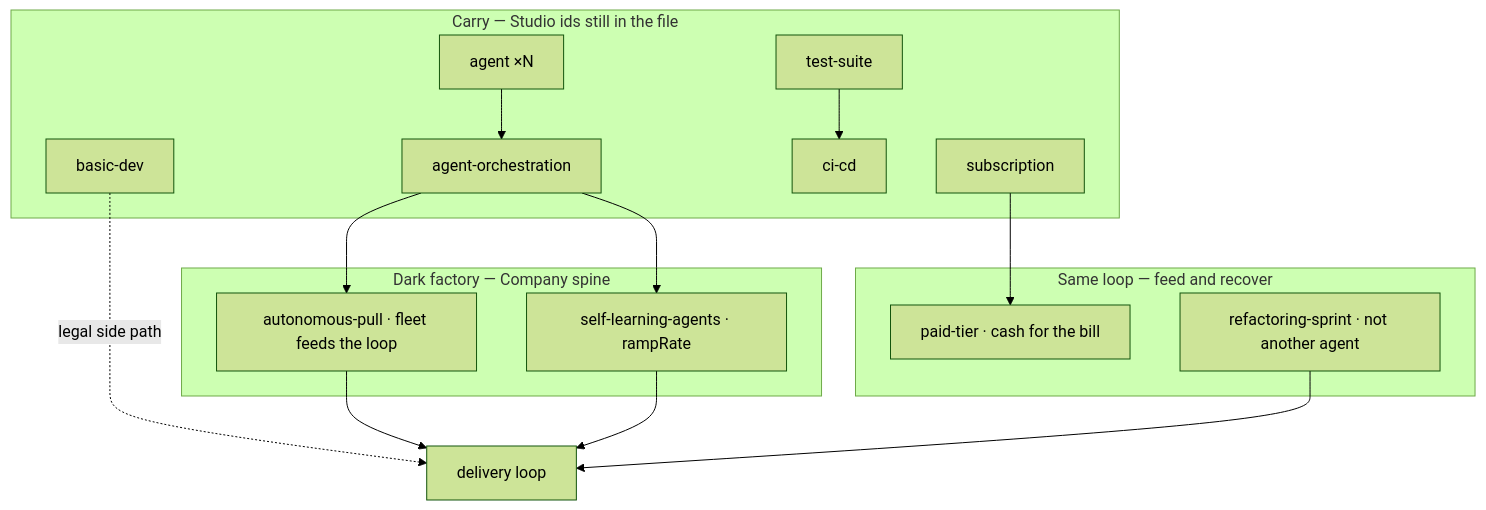
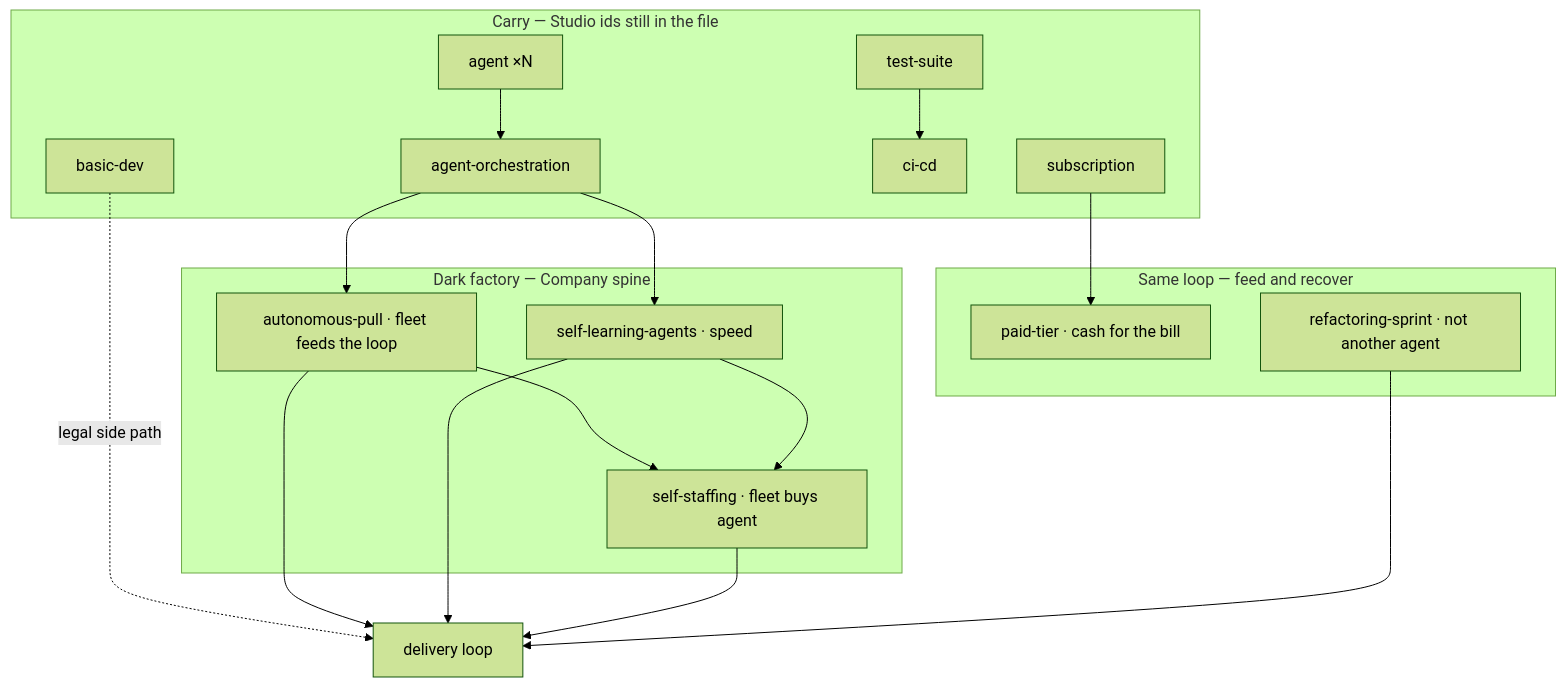
One commit to anne-markis/software-factory-the-game changed the second of 2 diagrams in docs/superpowers/specs/2026-08-14-company-era-brainstorm.md. Above: the diagram before and after it, drawn with Mermaid (forest theme). The commit also changed other lines of this file and 3 other files, not shown here.

First line of the commit message:
Treat self-staffing as the Paperclips autonomy beat.

````diff
--- a/docs/superpowers/specs/2026-08-14-company-era-brainstorm.md
+++ b/docs/superpowers/specs/2026-08-14-company-era-brainstorm.md
@@ -349,31 +423,35 @@
 ```mermaid
 flowchart TB
   subgraph carry["Carry — Studio ids still in the file"]
     agent[agent ×N]
     orch[agent-orchestration]
     hire[basic-dev]
     test[test-suite]
     cicd[ci-cd]
     sub[subscription]
     agent --> orch
     test --> cicd
   end
 
   subgraph dark["Dark factory — Company spine"]
     pull[autonomous-pull · fleet feeds the loop]
-    sla[self-learning-agents · rampRate]
+    sla[self-learning-agents · speed]
+    staff[self-staffing · fleet buys agent]
     orch --> pull
     orch --> sla
+    pull --> staff
+    sla --> staff
   end
 
   subgraph other["Same loop — feed and recover"]
     tier[paid-tier · cash for the bill]
     refactor[refactoring-sprint · not another agent]
     sub --> tier
   end
 
   hire -.->|legal side path| loop[delivery loop]
   pull --> loop
   sla --> loop
+  staff --> loop
   refactor --> loop
 ```
````
